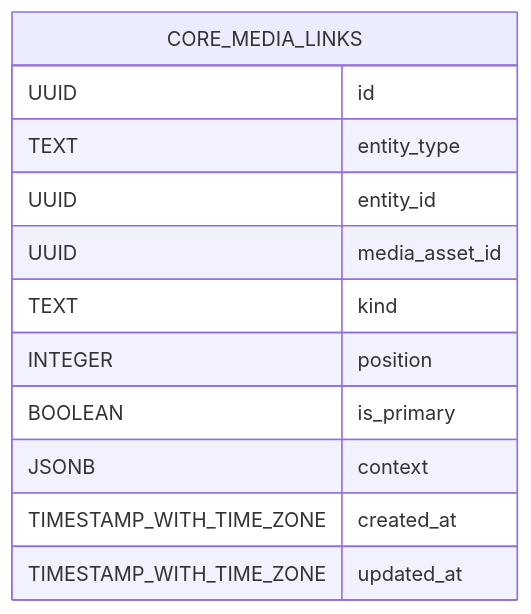
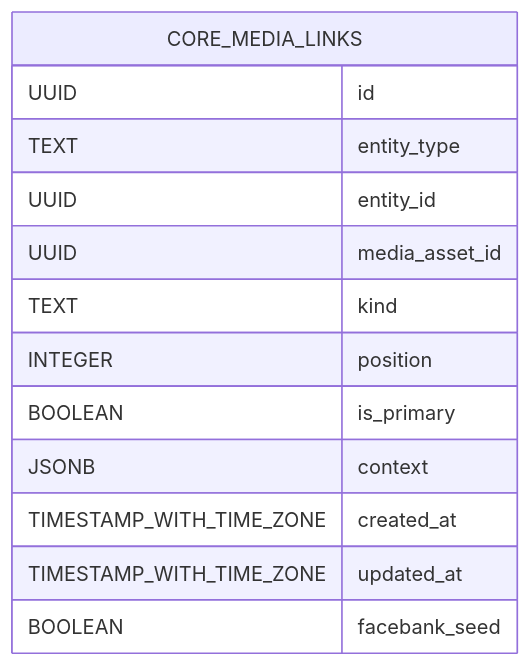
One commit to therealityreport/trr-backend changed the diagram in supabase/schema_docs/diagrams/core.media_links.mermaid.md. Above: the diagram before and after it, drawn with Mermaid. The commit also changed 2 other files, not shown here.

Commit message:
Update schema docs for facebank_seed column

````diff
--- a/supabase/schema_docs/diagrams/core.media_links.mermaid.md
+++ b/supabase/schema_docs/diagrams/core.media_links.mermaid.md
@@ -4,15 +4,16 @@
 ```mermaid
 erDiagram
     CORE_MEDIA_LINKS {
         UUID id
         TEXT entity_type
         UUID entity_id
         UUID media_asset_id
         TEXT kind
         INTEGER position
         BOOLEAN is_primary
         JSONB context
         TIMESTAMP_WITH_TIME_ZONE created_at
         TIMESTAMP_WITH_TIME_ZONE updated_at
+        BOOLEAN facebank_seed
     }
 ```
````
